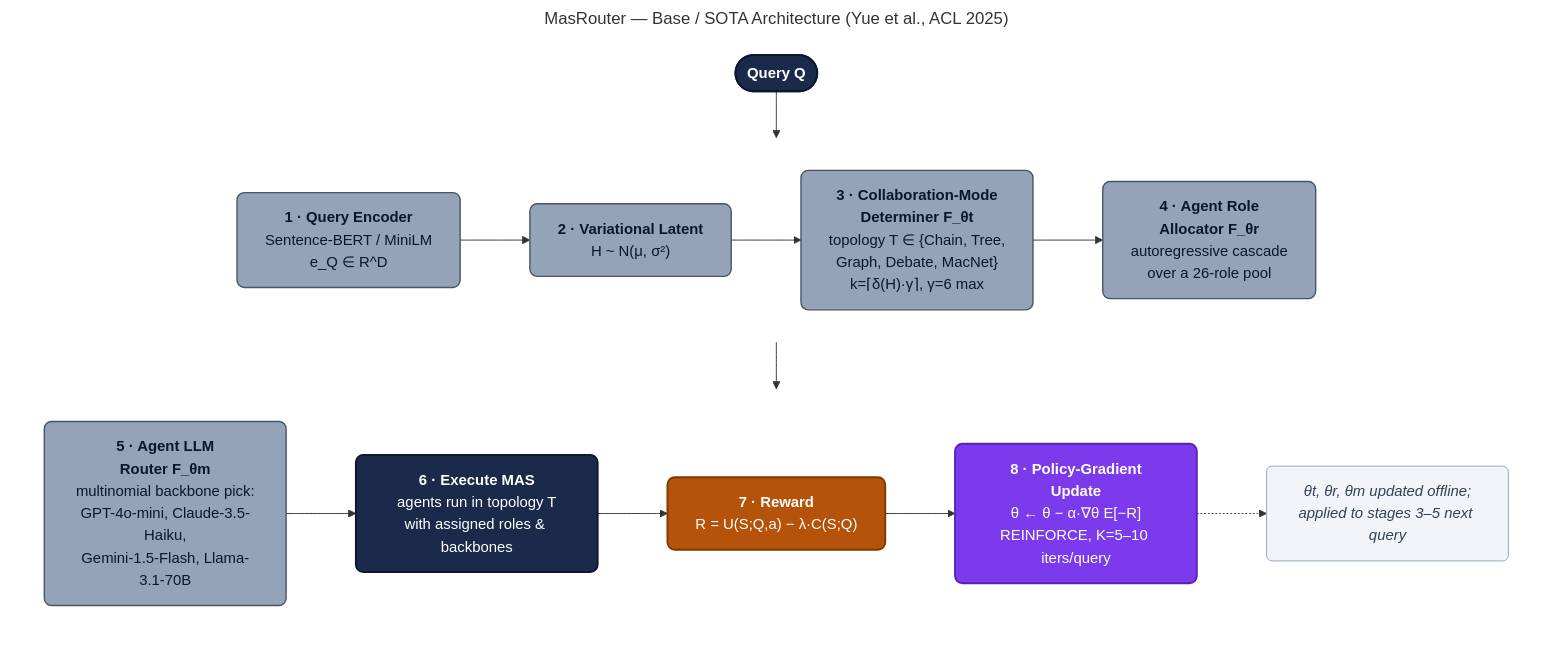
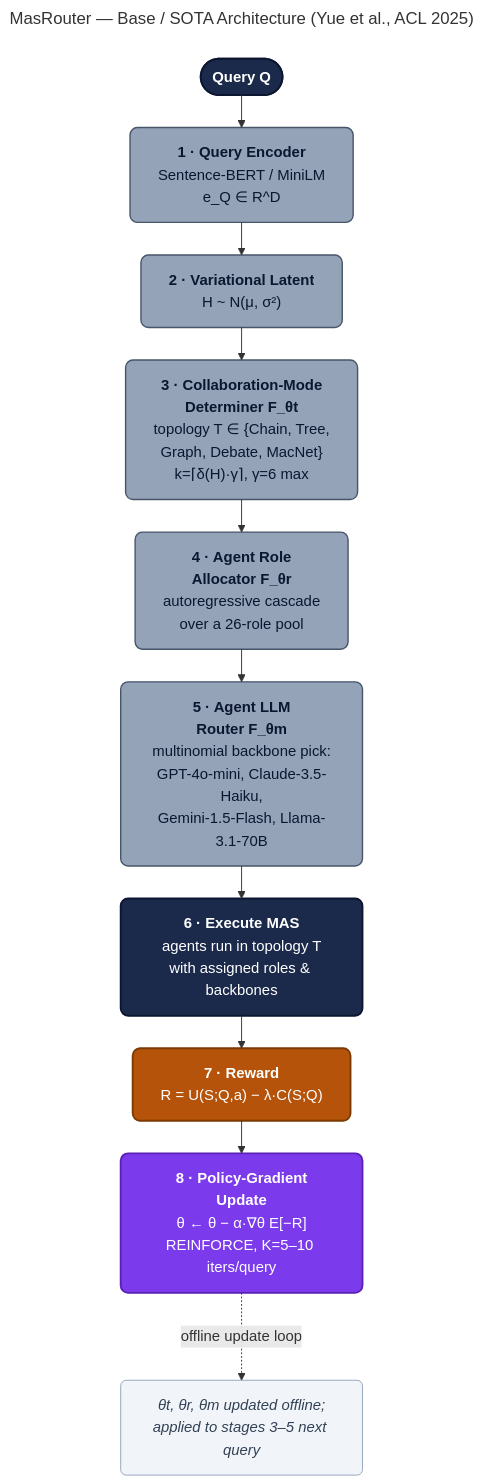
Before and after one commit to joyjeni/aprr-multi-agent-routing: the first of 4 diagrams in README.md, drawn with Mermaid. The commit also changed other lines of this file and 8 other files, not shown here.

````diff
--- a/README.md
+++ b/README.md
@@ -50,39 +52,28 @@
 ```mermaid
 ---
 title: MasRouter — Base / SOTA Architecture (Yue et al., ACL 2025)
+config:
+  layout: elk
 ---
 flowchart TD
     Q(["<b>Query Q</b>"]):::input
+    ENC["<b>1 · Query Encoder</b><br/>Sentence-BERT / MiniLM<br/>e_Q &isin; R^D"]:::cut
+    LAT["<b>2 · Variational Latent</b><br/>H ~ N(&mu;, &sigma;&sup2;)"]:::cut
+    MODE["<b>3 · Collaboration-Mode<br/>Determiner F_&theta;t</b><br/>topology T &isin; {Chain, Tree,<br/>Graph, Debate, MacNet}<br/>k=&lceil;&delta;(H)&middot;&gamma;&rceil;, &gamma;=6 max"]:::cut
+    ROLE["<b>4 · Agent Role<br/>Allocator F_&theta;r</b><br/>autoregressive cascade<br/>over a 26-role pool"]:::cut
+    LLMR["<b>5 · Agent LLM<br/>Router F_&theta;m</b><br/>multinomial backbone pick:<br/>GPT-4o-mini, Claude-3.5-Haiku,<br/>Gemini-1.5-Flash, Llama-3.1-70B"]:::cut
+    EXEC["<b>6 · Execute MAS</b><br/>agents run in topology T<br/>with assigned roles &amp; backbones"]:::exec
+    REW["<b>7 · Reward</b><br/>R = U(S;Q,a) &minus; &lambda;&middot;C(S;Q)"]:::reward
+    TRAIN["<b>8 · Policy-Gradient<br/>Update</b><br/>&theta; &larr; &theta; &minus; &alpha;&middot;&nabla;&theta; E[&minus;R]<br/>REINFORCE, K=5&ndash;10 iters/query"]:::train
+    NOTE["<i>&theta;t, &theta;r, &theta;m updated offline;<br/>applied to stages 3&ndash;5 next query</i>"]:::note
 
-    subgraph ROW1[" "]
-        direction LR
-        ENC["<b>1 · Query Encoder</b><br/>Sentence-BERT / MiniLM<br/>e_Q &isin; R^D"]:::cut
-        LAT["<b>2 · Variational Latent</b><br/>H ~ N(&mu;, &sigma;&sup2;)"]:::cut
-        MODE["<b>3 · Collaboration-Mode<br/>Determiner F_&theta;t</b><br/>topology T &isin; {Chain, Tree,<br/>Graph, Debate, MacNet}<br/>k=&lceil;&delta;(H)&middot;&gamma;&rceil;, &gamma;=6 max"]:::cut
-        ROLE["<b>4 · Agent Role<br/>Allocator F_&theta;r</b><br/>autoregressive cascade<br/>over a 26-role pool"]:::cut
-        ENC --> LAT --> MODE --> ROLE
-    end
-
-    subgraph ROW2[" "]
-        direction LR
-        LLMR["<b>5 · Agent LLM<br/>Router F_&theta;m</b><br/>multinomial backbone pick:<br/>GPT-4o-mini, Claude-3.5-Haiku,<br/>Gemini-1.5-Flash, Llama-3.1-70B"]:::cut
-        EXEC["<b>6 · Execute MAS</b><br/>agents run in topology T<br/>with assigned roles &amp; backbones"]:::exec
-        REW["<b>7 · Reward</b><br/>R = U(S;Q,a) &minus; &lambda;&middot;C(S;Q)"]:::reward
-        TRAIN["<b>8 · Policy-Gradient<br/>Update</b><br/>&theta; &larr; &theta; &minus; &alpha;&middot;&nabla;&theta; E[&minus;R]<br/>REINFORCE, K=5&ndash;10 iters/query"]:::train
-        NOTE["<i>&theta;t, &theta;r, &theta;m updated offline;<br/>applied to stages 3&ndash;5 next query</i>"]:::note
-        LLMR --> EXEC --> REW --> TRAIN
-        TRAIN -.-> NOTE
-    end
-
-    Q --> ENC
-    ROLE --> LLMR
+    Q --> ENC --> LAT --> MODE --> ROLE --> LLMR --> EXEC --> REW --> TRAIN
+    TRAIN -.->|"offline update loop"| NOTE
 
     classDef input fill:#1B2A4A,color:#ffffff,stroke:#0B1730,stroke-width:2px,rx:8,ry:8
     classDef cut fill:#94A3B8,color:#0B1730,stroke:#475569,stroke-width:1.5px,rx:8,ry:8
     classDef exec fill:#1B2A4A,color:#ffffff,stroke:#0B1730,stroke-width:2px,rx:8,ry:8
     classDef reward fill:#B45309,color:#ffffff,stroke:#7C3A02,stroke-width:2px,rx:8,ry:8
     classDef train fill:#7C3AED,color:#ffffff,stroke:#5B21B6,stroke-width:2px,rx:8,ry:8
     classDef note fill:#F1F5F9,color:#334155,stroke:#94A3B8,stroke-width:1px,rx:6,ry:6
-    style ROW1 fill:none,stroke:none
-    style ROW2 fill:none,stroke:none
 ```
````
